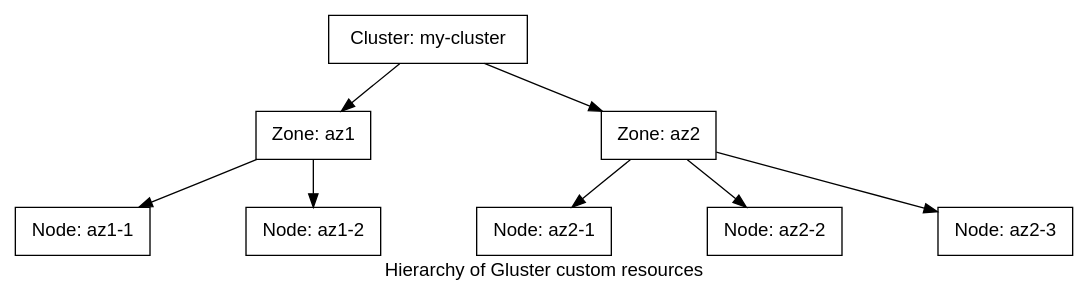
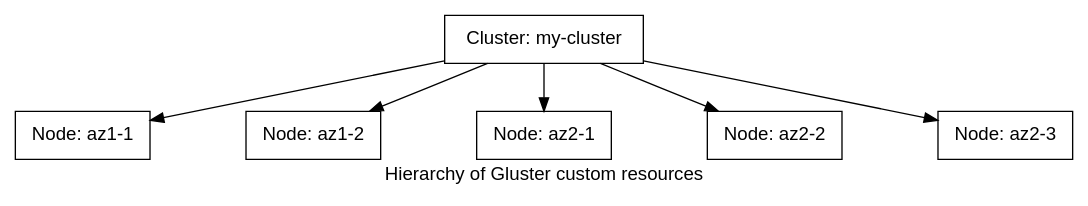
Before and after one commit to gluster/anthill: the diagram in docs/Developers/Design/crd_hierarchy.dot, drawn with Graphviz. The commit also changed 2 other files, not shown here.

```diff
--- a/docs/Developers/Design/crd_hierarchy.dot
+++ b/docs/Developers/Design/crd_hierarchy.dot
@@ -1,36 +1,32 @@
 # dot -Tpng -O <this_file>
 
 digraph {
   label="Hierarchy of Gluster custom resources"
   fontname="helvetica"
   nodesep=1.0
 
   //All nodes will this shape and colour
   node [
     shape=rect
     fontname="helvetica"
   ]
 
   //All the lines look like this
   edge [
     dir=forward
     fontname="helvetica"
   ]
 
   c1 [label="Cluster: my-cluster"]
-  z1 [label="Zone: az1"]
-  z2 [label="Zone: az2"]
   n11 [label="Node: az1-1"]
   n12 [label="Node: az1-2"]
   n21 [label="Node: az2-1"]
   n22 [label="Node: az2-2"]
   n23 [label="Node: az2-3"]
 
-  c1->z1
-  c1->z2
-  z1->n11
-  z1->n12
-  z2->n21
-  z2->n22
-  z2->n23
+  c1->n11
+  c1->n12
+  c1->n21
+  c1->n22
+  c1->n23
 }
```
